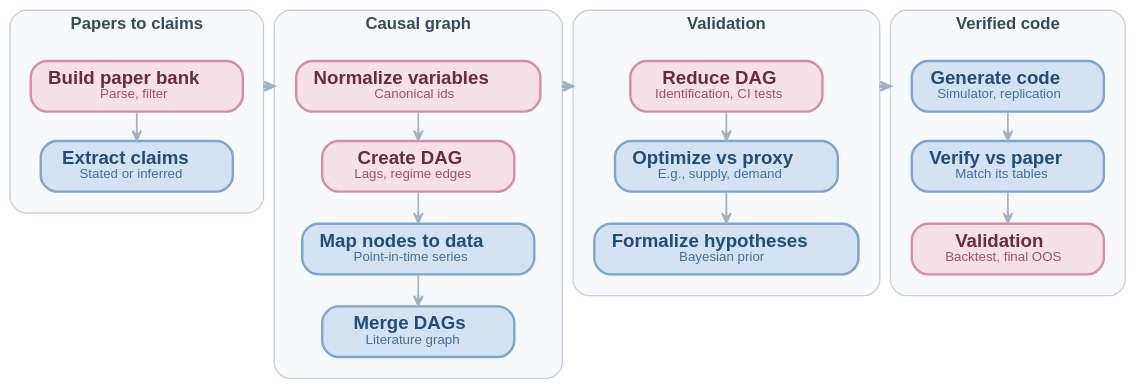
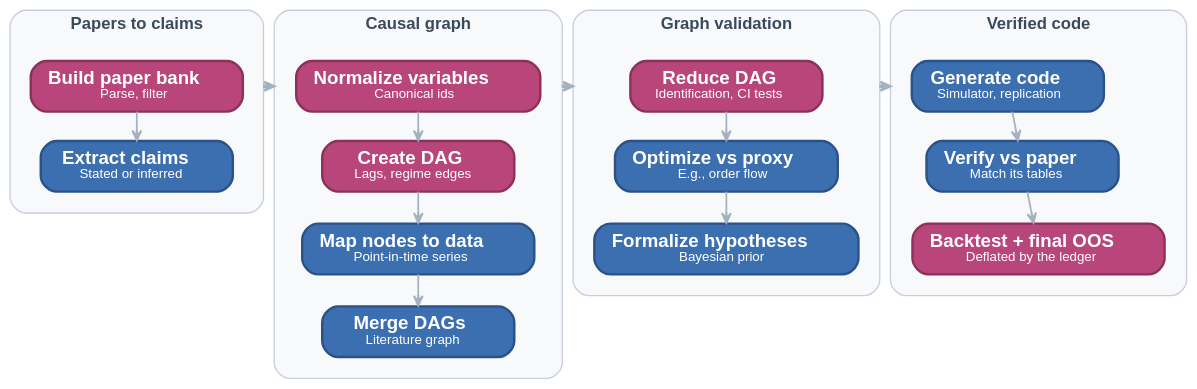
One commit to GokuHashira/gpsaggese.github.io changed the second of 15 diagrams in papers/Causal_Analysis_for_Finance/notes.slides.md. Above: the diagram before and after it, drawn with Graphviz. The commit also changed other lines of this file and 6 other files, not shown here.

````diff
--- a/papers/Causal_Analysis_for_Finance/notes.slides.md
+++ b/papers/Causal_Analysis_for_Finance/notes.slides.md
@@ -196,4 +225,4 @@
-```graphviz[width=90%]
+```graphviz[width=80%]
 digraph TheoryStorePipeline {
   // automated stage : blue | stage ending in a human gate : rose
   bgcolor="transparent";
@@ -237,10 +266,10 @@
     penwidth  = 1.0;
     margin    = 16;
 
-    Bank    [label=<<b>Build paper bank</b><br/><font point-size="10" color="#A34F6C">Parse, filter</font>>,
-             fillcolor="#F6E1E8", color="#D98CA8", fontcolor="#6B2A44"];
-    Extract [label=<<b>Extract claims</b><br/><font point-size="10" color="#41719C">Stated or inferred</font>>,
-             fillcolor="#D3E3F3", color="#7CA6CE", fontcolor="#1F4E79"];
+    Bank    [label=<<b>Build paper bank</b><br/><font point-size="10">Parse, filter</font>>,
+             fillcolor="#B8467A", color="#8C3159", fontcolor="#FFFFFF"];
+    Extract [label=<<b>Extract claims</b><br/><font point-size="10">Stated or inferred</font>>,
+             fillcolor="#3C6FB0", color="#2A5288", fontcolor="#FFFFFF"];
     Bank -> Extract;
   }
 
@@ -256,19 +285,19 @@
     penwidth  = 1.0;
     margin    = 16;
 
-    Normalize [label=<<b>Normalize variables</b><br/><font point-size="10" color="#A34F6C">Canonical ids</font>>,
-               fillcolor="#F6E1E8", color="#D98CA8", fontcolor="#6B2A44"];
-    MakeDag   [label=<<b>Create DAG</b><br/><font point-size="10" color="#A34F6C">Lags, regime edges</font>>,
-               fillcolor="#F6E1E8", color="#D98CA8", fontcolor="#6B2A44"];
-    MapData   [label=<<b>Map nodes to data</b><br/><font point-size="10" color="#41719C">Point-in-time series</font>>,
-               fillcolor="#D3E3F3", color="#7CA6CE", fontcolor="#1F4E79"];
-    Merge     [label=<<b>Merge DAGs</b><br/><font point-size="10" color="#41719C">Literature graph</font>>,
-               fillcolor="#D3E3F3", color="#7CA6CE", fontcolor="#1F4E79"];
+    Normalize [label=<<b>Normalize variables</b><br/><font point-size="10">Canonical ids</font>>,
+               fillcolor="#B8467A", color="#8C3159", fontcolor="#FFFFFF"];
+    MakeDag   [label=<<b>Create DAG</b><br/><font point-size="10">Lags, regime edges</font>>,
+               fillcolor="#B8467A", color="#8C3159", fontcolor="#FFFFFF"];
+    MapData   [label=<<b>Map nodes to data</b><br/><font point-size="10">Point-in-time series</font>>,
+               fillcolor="#3C6FB0", color="#2A5288", fontcolor="#FFFFFF"];
+    Merge     [label=<<b>Merge DAGs</b><br/><font point-size="10">Literature graph</font>>,
+               fillcolor="#3C6FB0", color="#2A5288", fontcolor="#FFFFFF"];
     Normalize -> MakeDag -> MapData -> Merge;
   }
 
   subgraph cluster_valid {
-    label     = "Validation";
+    label     = "Graph validation";
     labelloc  = "t";
     fontname  = "Helvetica-Bold";
     fontsize  = 12.5;
@@ -279,12 +308,12 @@
     penwidth  = 1.0;
     margin    = 16;
 
-    Reduce [label=<<b>Reduce DAG</b><br/><font point-size="10" color="#A34F6C">Identification, CI tests</font>>,
-            fillcolor="#F6E1E8", color="#D98CA8", fontcolor="#6B2A44"];
-    Proxy  [label=<<b>Optimize vs proxy</b><br/><font point-size="10" color="#41719C">E.g., supply, demand</font>>,
-            fillcolor="#D3E3F3", color="#7CA6CE", fontcolor="#1F4E79"];
-    Prior  [label=<<b>Formalize hypotheses</b><br/><font point-size="10" color="#41719C">Bayesian prior</font>>,
-            fillcolor="#D3E3F3", color="#7CA6CE", fontcolor="#1F4E79"];
+    Reduce [label=<<b>Reduce DAG</b><br/><font point-size="10">Identification, CI tests</font>>,
+            fillcolor="#B8467A", color="#8C3159", fontcolor="#FFFFFF"];
+    Proxy  [label=<<b>Optimize vs proxy</b><br/><font point-size="10">E.g., order flow</font>>,
+            fillcolor="#3C6FB0", color="#2A5288", fontcolor="#FFFFFF"];
+    Prior  [label=<<b>Formalize hypotheses</b><br/><font point-size="10">Bayesian prior</font>>,
+            fillcolor="#3C6FB0", color="#2A5288", fontcolor="#FFFFFF"];
     Reduce -> Proxy -> Prior;
   }
 
@@ -300,12 +329,12 @@
     penwidth  = 1.0;
     margin    = 16;
 
-    Code     [label=<<b>Generate code</b><br/><font point-size="10" color="#41719C">Simulator, replication</font>>,
-              fillcolor="#D3E3F3", color="#7CA6CE", fontcolor="#1F4E79"];
-    Verify   [label=<<b>Verify vs paper</b><br/><font point-size="10" color="#41719C">Match its tables</font>>,
-              fillcolor="#D3E3F3", color="#7CA6CE", fontcolor="#1F4E79"];
-    Validate [label=<<b>Validation</b><br/><font point-size="10" color="#A34F6C">Backtest, final OOS</font>>,
-              fillcolor="#F6E1E8", color="#D98CA8", fontcolor="#6B2A44"];
+    Code     [label=<<b>Generate code</b><br/><font point-size="10">Simulator, replication</font>>,
+              fillcolor="#3C6FB0", color="#2A5288", fontcolor="#FFFFFF"];
+    Verify   [label=<<b>Verify vs paper</b><br/><font point-size="10">Match its tables</font>>,
+              fillcolor="#3C6FB0", color="#2A5288", fontcolor="#FFFFFF"];
+    Validate [label=<<b>Backtest + final OOS</b><br/><font point-size="10">Deflated by the ledger</font>>,
+              fillcolor="#B8467A", color="#8C3159", fontcolor="#FFFFFF"];
     Code -> Verify -> Validate;
   }
 
````
